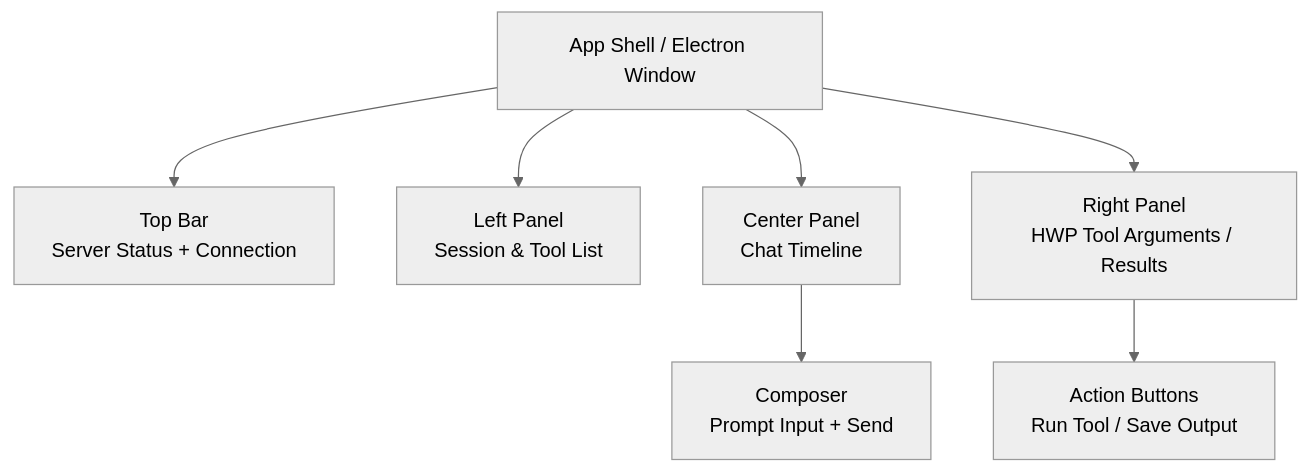
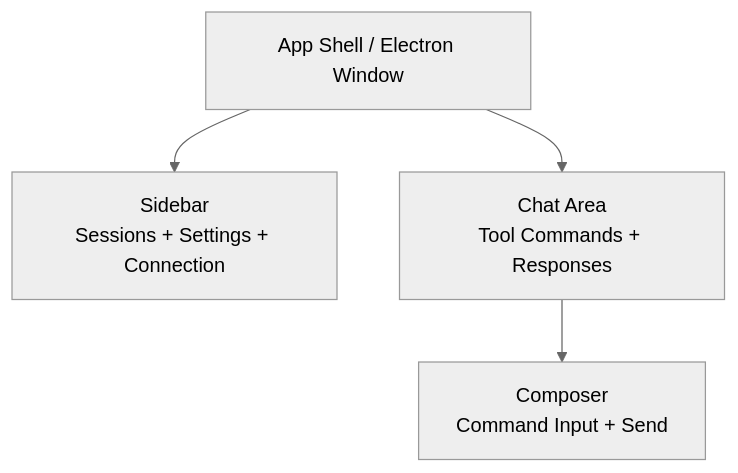
Before and after one commit to Topabaem05/hwpx-mcp: the diagram in README.md, drawn with Mermaid (neutral theme). The commit also changed other lines of this file and 14 other files, not shown here.

First line of the commit message:
chore: remove apps/agent-chat stub UI, unify on electron-ui

````diff
--- a/README.md
+++ b/README.md
@@ -1177,15 +1177,9 @@
 ```mermaid
 flowchart TB
-    A[App Shell / Electron Window] --> B[Top Bar
-Server Status + Connection]
-    A --> C[Left Panel
-Session & Tool List]
-    A --> D[Center Panel
-Chat Timeline]
-    A --> E[Right Panel
-HWP Tool Arguments / Results]
-    D --> F[Composer
-Prompt Input + Send]
-    E --> G[Action Buttons
-Run Tool / Save Output]
+    A[App Shell / Electron Window] --> B[Sidebar
+Sessions + Settings + Connection]
+    A --> C[Chat Area
+Tool Commands + Responses]
+    C --> D[Composer
+Command Input + Send]
 ```
````
